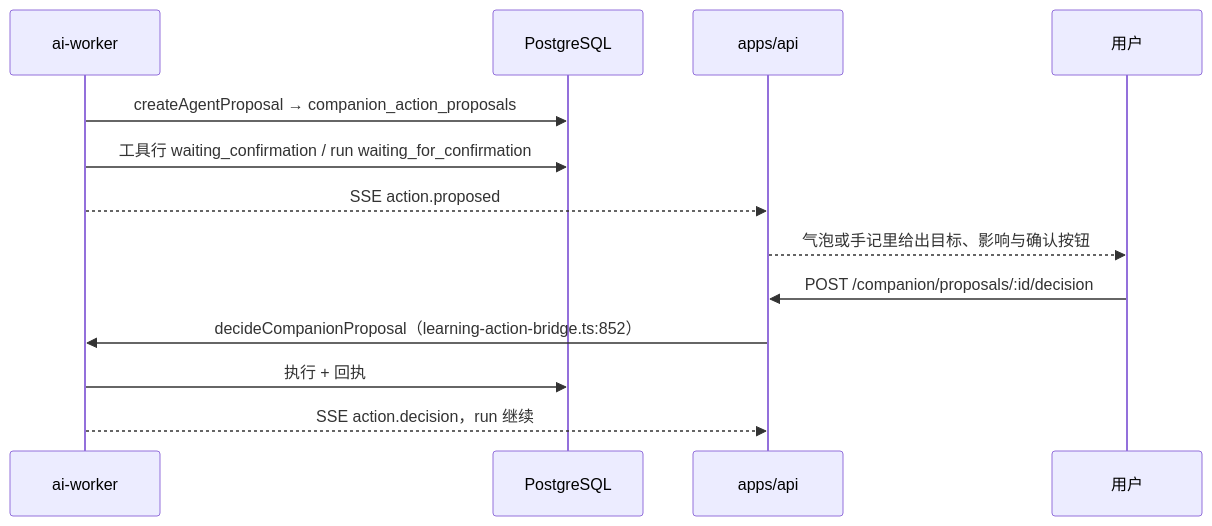
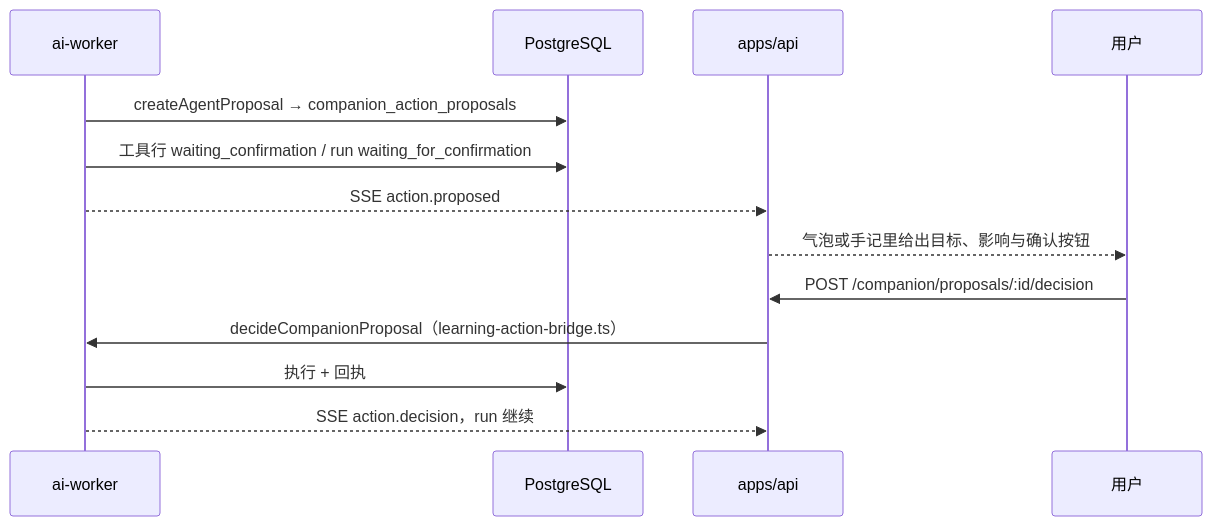
One commit to asklins223/Astella changed the third of 3 diagrams in docs/guide/zh/agent-runtime.md. Above: the diagram before and after it, drawn with Mermaid. The commit also changed other lines of this file and 77 other files, not shown here.

````diff
--- a/docs/guide/zh/agent-runtime.md
+++ b/docs/guide/zh/agent-runtime.md
@@ -129,15 +129,15 @@
 ```mermaid
 sequenceDiagram
   participant W as ai-worker
   participant D as PostgreSQL
   participant A as apps/api
   participant U as 用户
   W->>D: createAgentProposal → companion_action_proposals
   W->>D: 工具行 waiting_confirmation / run waiting_for_confirmation
   W-->>A: SSE action.proposed
   A-->>U: 气泡或手记里给出目标、影响与确认按钮
   U->>A: POST /companion/proposals/:id/decision
-  A->>W: decideCompanionProposal（learning-action-bridge.ts:852）
+  A->>W: decideCompanionProposal（learning-action-bridge.ts）
   W->>D: 执行 + 回执
   W-->>A: SSE action.decision，run 继续
 ```
````
